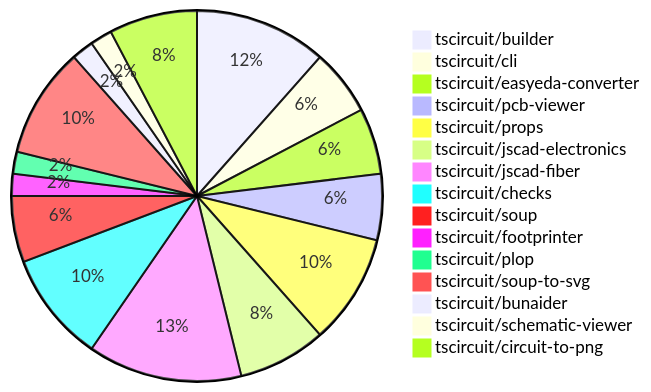
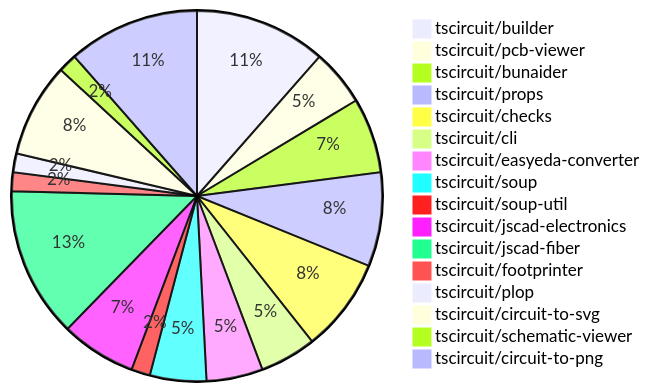
One commit to tscircuit/contribution-tracker changed the diagram in README.md. Above: the diagram before and after it, drawn with Mermaid. The commit also changed other lines of this file and 1 other file, not shown here.

````diff
--- a/README.md
+++ b/README.md
@@ -24,18 +24,19 @@
 ```mermaid
 pie
-    "tscircuit/builder" : 6
+    "tscircuit/builder" : 7
+    "tscircuit/pcb-viewer" : 3
+    "tscircuit/bunaider" : 4
+    "tscircuit/props" : 5
+    "tscircuit/checks" : 5
     "tscircuit/cli" : 3
     "tscircuit/easyeda-converter" : 3
-    "tscircuit/pcb-viewer" : 3
-    "tscircuit/props" : 5
+    "tscircuit/soup" : 3
+    "tscircuit/soup-util" : 1
     "tscircuit/jscad-electronics" : 4
-    "tscircuit/jscad-fiber" : 7
-    "tscircuit/checks" : 5
-    "tscircuit/soup" : 3
+    "tscircuit/jscad-fiber" : 8
     "tscircuit/footprinter" : 1
     "tscircuit/plop" : 1
-    "tscircuit/soup-to-svg" : 5
-    "tscircuit/bunaider" : 1
+    "tscircuit/circuit-to-svg" : 5
     "tscircuit/schematic-viewer" : 1
-    "tscircuit/circuit-to-png" : 4
+    "tscircuit/circuit-to-png" : 7
 ```
````
